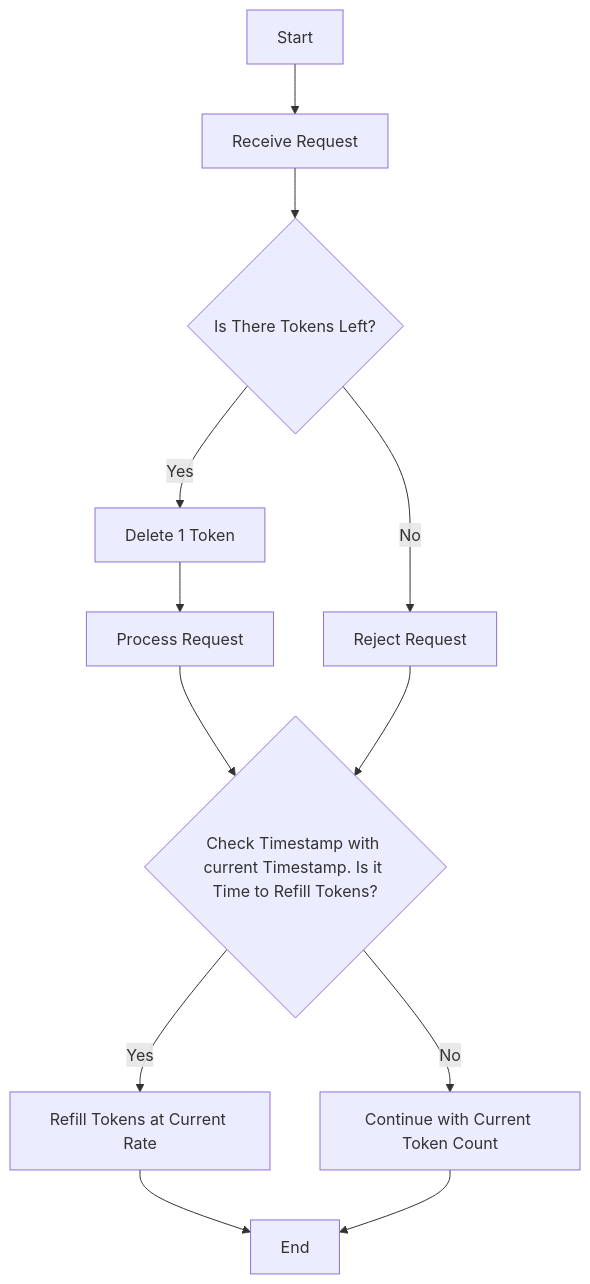
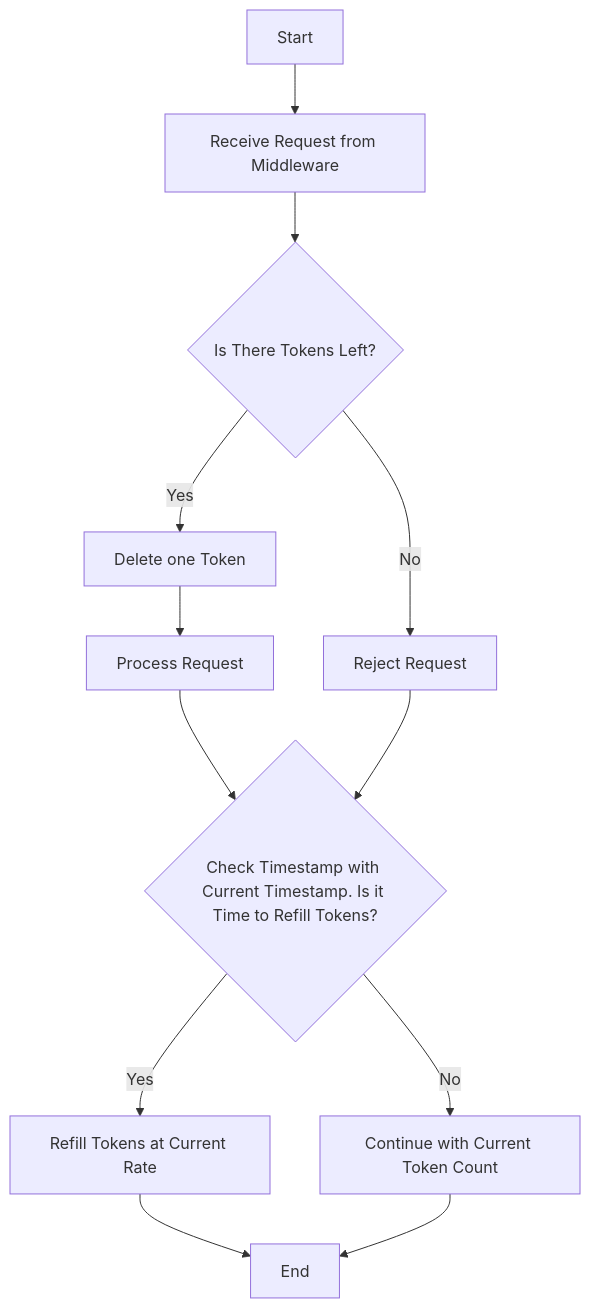
The diagram in rate-limit.md (Hemit99123/dailysat-software-designs), drawn with Mermaid before and after one commit.

````diff
--- a/rate-limit.md
+++ b/rate-limit.md
@@ -7,15 +7,15 @@
 ```mermaid
 flowchart 
-    Start["Start"] --> ReceiveRequest["Receive Request"]
+    Start["Start"] --> ReceiveRequest["Receive Request from Middleware"]
     ReceiveRequest --> CheckTokenAvailability{"Is There Tokens Left?"}
     CheckTokenAvailability -- No --> RejectRequest["Reject Request"]
-    CheckTokenAvailability -- Yes --> ConsumeToken["Delete 1 Token"]
+    CheckTokenAvailability -- Yes --> ConsumeToken["Delete one Token"]
     ConsumeToken --> ProcessRequest["Process Request"]
-    ProcessRequest --> CheckRefill{"Check Timestamp with current Timestamp. Is it Time to Refill Tokens?"}
+    ProcessRequest --> CheckRefill{"Check Timestamp with Current Timestamp. Is it Time to Refill Tokens?"}
     RejectRequest --> CheckRefill
     CheckRefill -- Yes --> RefillTokens["Refill Tokens at Current Rate"]
     CheckRefill -- No --> ContinueWithCurrentTokens["Continue with Current Token Count"]
 
     RefillTokens --> End["End"]
     ContinueWithCurrentTokens --> End
 ```
````
